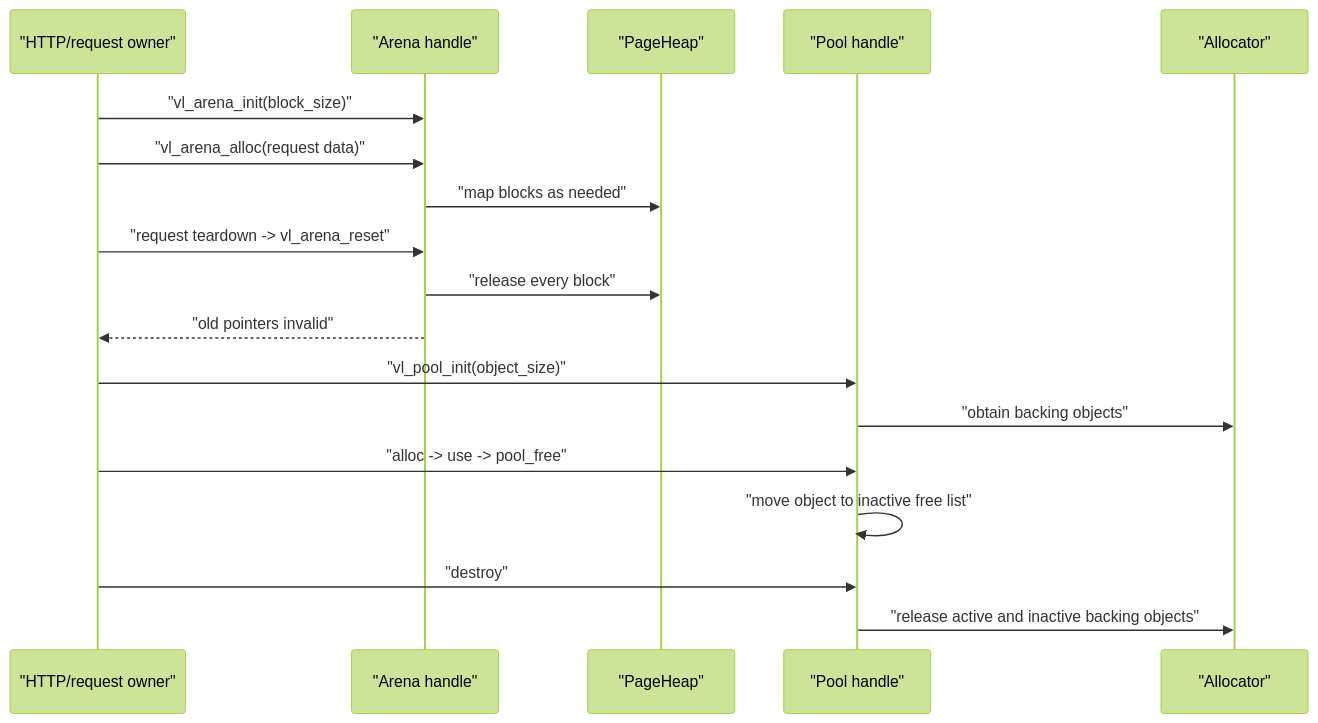
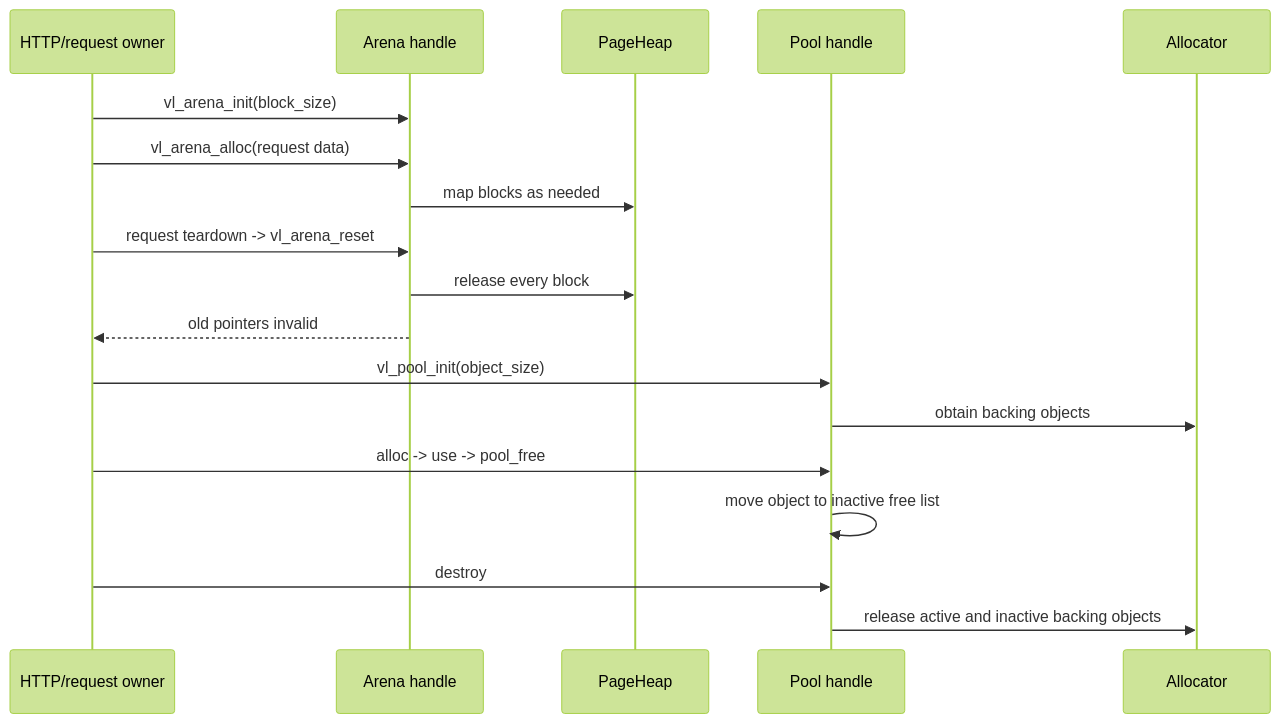
One commit to nobody0726/veloco changed diagram 12 of 24 in docs/domain/domain-model-and-flows.md. Above: the diagram before and after it, drawn with Mermaid (forest theme). The commit also changed other lines of this file and 1 other file, not shown here.

First line of the commit message:
Make GitHub Mermaid diagrams render consistently

````diff
--- a/docs/domain/domain-model-and-flows.md
+++ b/docs/domain/domain-model-and-flows.md
@@ -580,21 +580,21 @@
 ```mermaid
 sequenceDiagram
-    participant H as "HTTP/request owner"
-    participant A as "Arena handle"
-    participant P as "PageHeap"
-    participant Pool as "Pool handle"
-    participant Alloc as "Allocator"
+    participant H as HTTP/request owner
+    participant A as Arena handle
+    participant P as PageHeap
+    participant Pool as Pool handle
+    participant Alloc as Allocator
 
-    H->>A: "vl_arena_init(block_size)"
-    H->>A: "vl_arena_alloc(request data)"
-    A->>P: "map blocks as needed"
-    H->>A: "request teardown -> vl_arena_reset"
-    A->>P: "release every block"
-    A-->>H: "old pointers invalid"
-    H->>Pool: "vl_pool_init(object_size)"
-    Pool->>Alloc: "obtain backing objects"
-    H->>Pool: "alloc -> use -> pool_free"
-    Pool->>Pool: "move object to inactive free list"
-    H->>Pool: "destroy"
-    Pool->>Alloc: "release active and inactive backing objects"
+    H->>A: vl_arena_init(block_size)
+    H->>A: vl_arena_alloc(request data)
+    A->>P: map blocks as needed
+    H->>A: request teardown -> vl_arena_reset
+    A->>P: release every block
+    A-->>H: old pointers invalid
+    H->>Pool: vl_pool_init(object_size)
+    Pool->>Alloc: obtain backing objects
+    H->>Pool: alloc -> use -> pool_free
+    Pool->>Pool: move object to inactive free list
+    H->>Pool: destroy
+    Pool->>Alloc: release active and inactive backing objects
 ```
````
